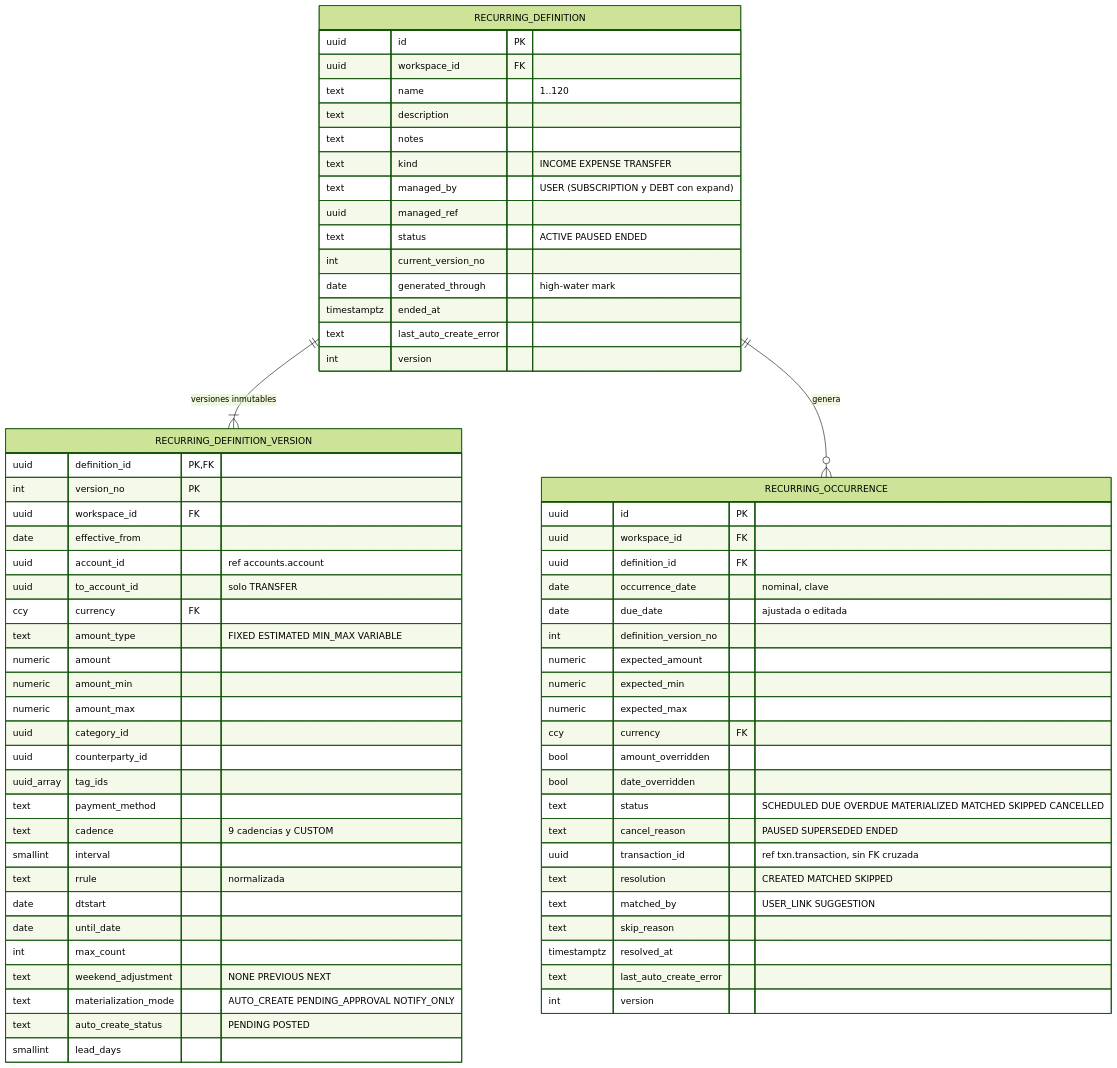
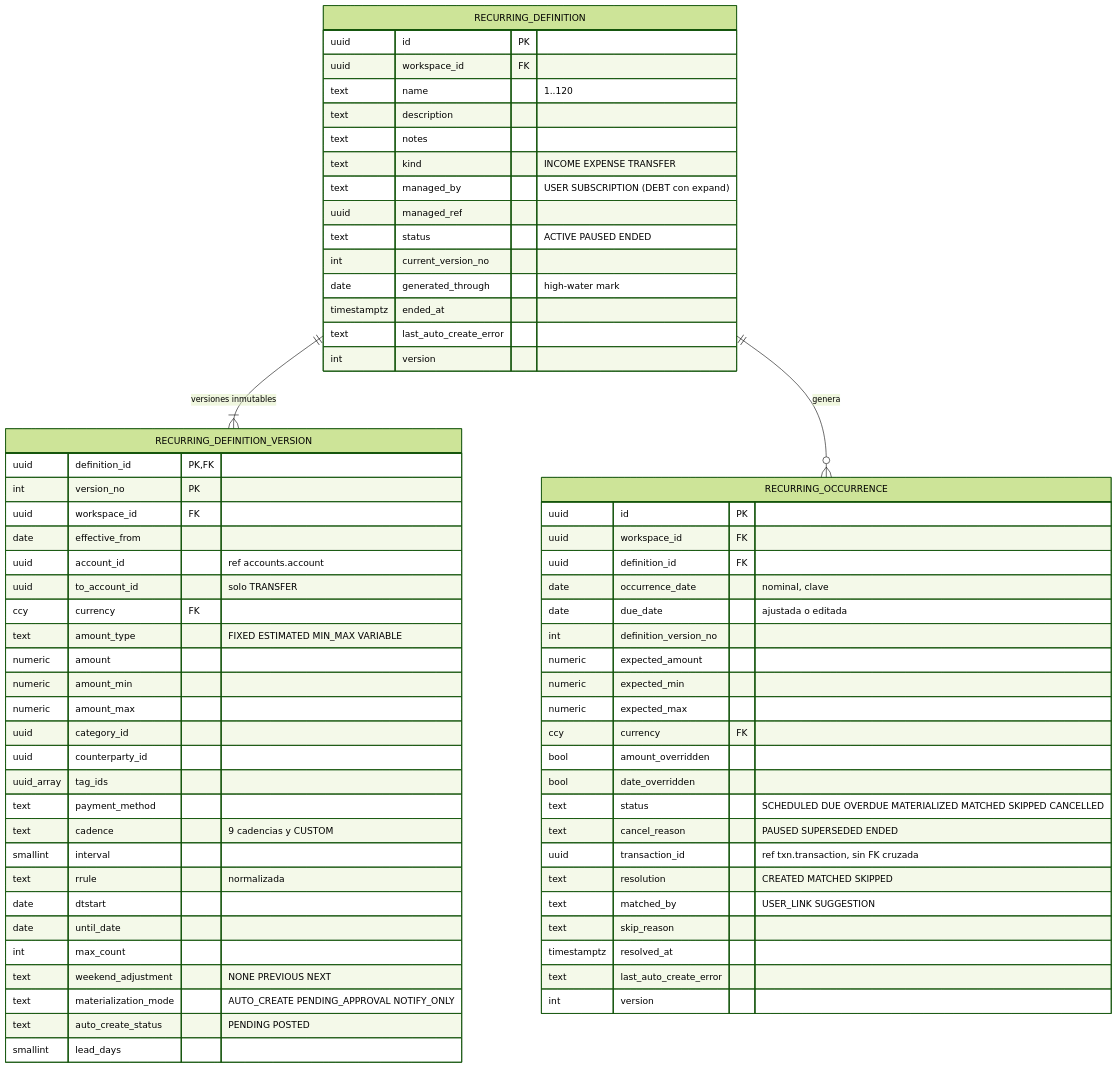
Before and after one commit to manuXD270516/personal-finances: the ninth of 22 diagrams in docs/08-data-model.md, drawn with Mermaid (forest theme). The commit also changed other lines of this file and 164 other files, not shown here.

````diff
--- a/docs/08-data-model.md
+++ b/docs/08-data-model.md
@@ -871,71 +871,71 @@
 ```mermaid
 erDiagram
   RECURRING_DEFINITION ||--|{ RECURRING_DEFINITION_VERSION : "versiones inmutables"
   RECURRING_DEFINITION ||--o{ RECURRING_OCCURRENCE : "genera"
   RECURRING_DEFINITION {
     uuid id PK
     uuid workspace_id FK
     text name "1..120"
     text description
     text notes
     text kind "INCOME EXPENSE TRANSFER"
-    text managed_by "USER (SUBSCRIPTION y DEBT con expand)"
+    text managed_by "USER SUBSCRIPTION (DEBT con expand)"
     uuid managed_ref
     text status "ACTIVE PAUSED ENDED"
     int current_version_no
     date generated_through "high-water mark"
     timestamptz ended_at
     text last_auto_create_error
     int version
   }
   RECURRING_DEFINITION_VERSION {
     uuid definition_id PK, FK
     int version_no PK
     uuid workspace_id FK
     date effective_from
     uuid account_id "ref accounts.account"
     uuid to_account_id "solo TRANSFER"
     ccy currency FK
     text amount_type "FIXED ESTIMATED MIN_MAX VARIABLE"
     numeric amount
     numeric amount_min
     numeric amount_max
     uuid category_id
     uuid counterparty_id
     uuid_array tag_ids
     text payment_method
     text cadence "9 cadencias y CUSTOM"
     smallint interval
     text rrule "normalizada"
     date dtstart
     date until_date
     int max_count
     text weekend_adjustment "NONE PREVIOUS NEXT"
     text materialization_mode "AUTO_CREATE PENDING_APPROVAL NOTIFY_ONLY"
     text auto_create_status "PENDING POSTED"
     smallint lead_days
   }
   RECURRING_OCCURRENCE {
     uuid id PK
     uuid workspace_id FK
     uuid definition_id FK
     date occurrence_date "nominal, clave"
     date due_date "ajustada o editada"
     int definition_version_no
     numeric expected_amount
     numeric expected_min
     numeric expected_max
     ccy currency FK
     bool amount_overridden
     bool date_overridden
     text status "SCHEDULED DUE OVERDUE MATERIALIZED MATCHED SKIPPED CANCELLED"
     text cancel_reason "PAUSED SUPERSEDED ENDED"
     uuid transaction_id "ref txn.transaction, sin FK cruzada"
     text resolution "CREATED MATCHED SKIPPED"
     text matched_by "USER_LINK SUGGESTION"
     text skip_reason
     timestamptz resolved_at
     text last_auto_create_error
     int version
   }
 ```
````
